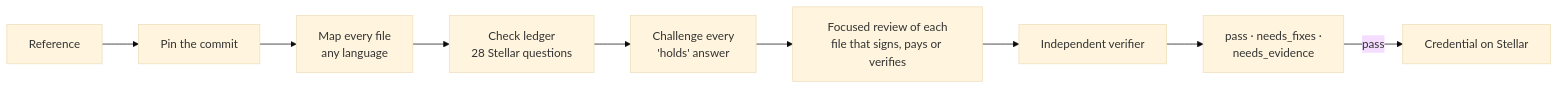
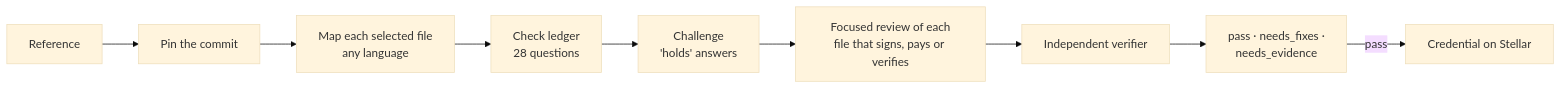
The diagram in README.md (furkan3152/Touchmark_agent), drawn with Mermaid (base theme) before and after one commit. The commit also changed other lines of this file and 17 other files, not shown here.

````diff
--- a/README.md
+++ b/README.md
@@ -70,10 +73,10 @@
 ```mermaid
 flowchart LR
     R["Reference"] --> P["Pin the commit"]
-    P --> MAP["Map every file<br/>any language"]
-    MAP --> LEDGER["Check ledger<br/>28 Stellar questions"]
-    LEDGER --> CH["Challenge every<br/>'holds' answer"] --> UNIT["Focused review of each<br/>file that signs, pays or verifies"]
+    P --> MAP["Map each selected file<br/>any language"]
+    MAP --> LEDGER["Check ledger<br/>28 questions"]
+    LEDGER --> CH["Challenge<br/>'holds' answers"] --> UNIT["Focused review of each<br/>file that signs, pays or verifies"]
     UNIT --> VER["Independent verifier"]
     VER --> DEC["pass · needs_fixes ·<br/>needs_evidence"]
     DEC -->|pass| CHAIN["Credential on Stellar"]
 ```
````
